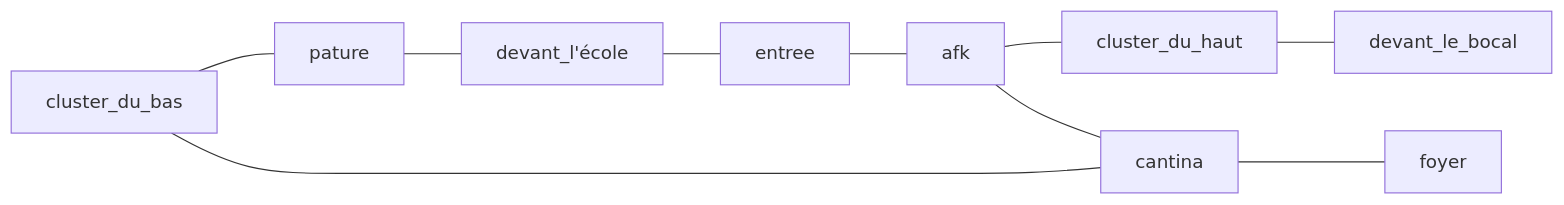
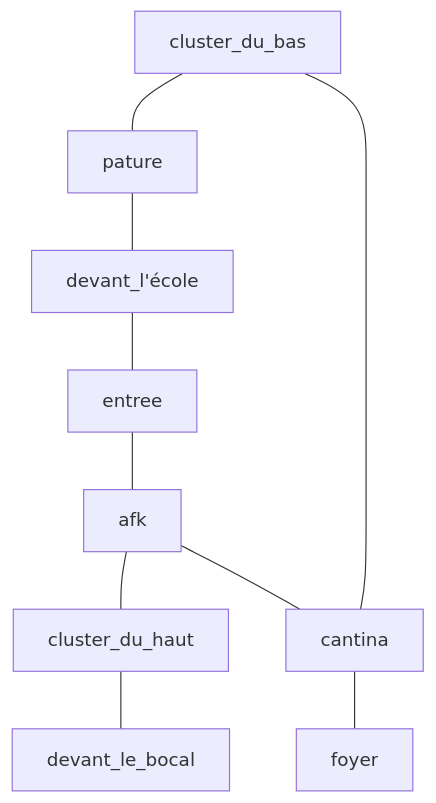
The fourth of 4 diagrams in README.md (leonardecavele/the_answer_protocol), drawn with Mermaid before and after one commit. The commit also changed other lines of this file and 8 other files, not shown here.

````diff
--- a/README.md
+++ b/README.md
@@ -277,12 +209,12 @@
 ```mermaid
-flowchart LR
-    CDB[cluster_du_bas] --- PAT[pature]
-    CDB --- CAN[cantina]
-    PAT --- ECO[devant_l'école]
-    ECO --- ENT[entree]
-    ENT --- AFK[afk]
-    AFK --- CDU[cluster_du_haut]
+flowchart TB
+    CDB["cluster_du_bas"] --- PAT["pature"]
+    CDB --- CAN["cantina"]
+    PAT --- ECO["devant_l'école"]
+    ECO --- ENT["entree"]
+    ENT --- AFK["afk"]
+    AFK --- CDU["cluster_du_haut"]
     AFK --- CAN
-    CDU --- BOC[devant_le_bocal]
-    CAN --- FOY[foyer]
+    CDU --- BOC["devant_le_bocal"]
+    CAN --- FOY["foyer"]
 ```
````
